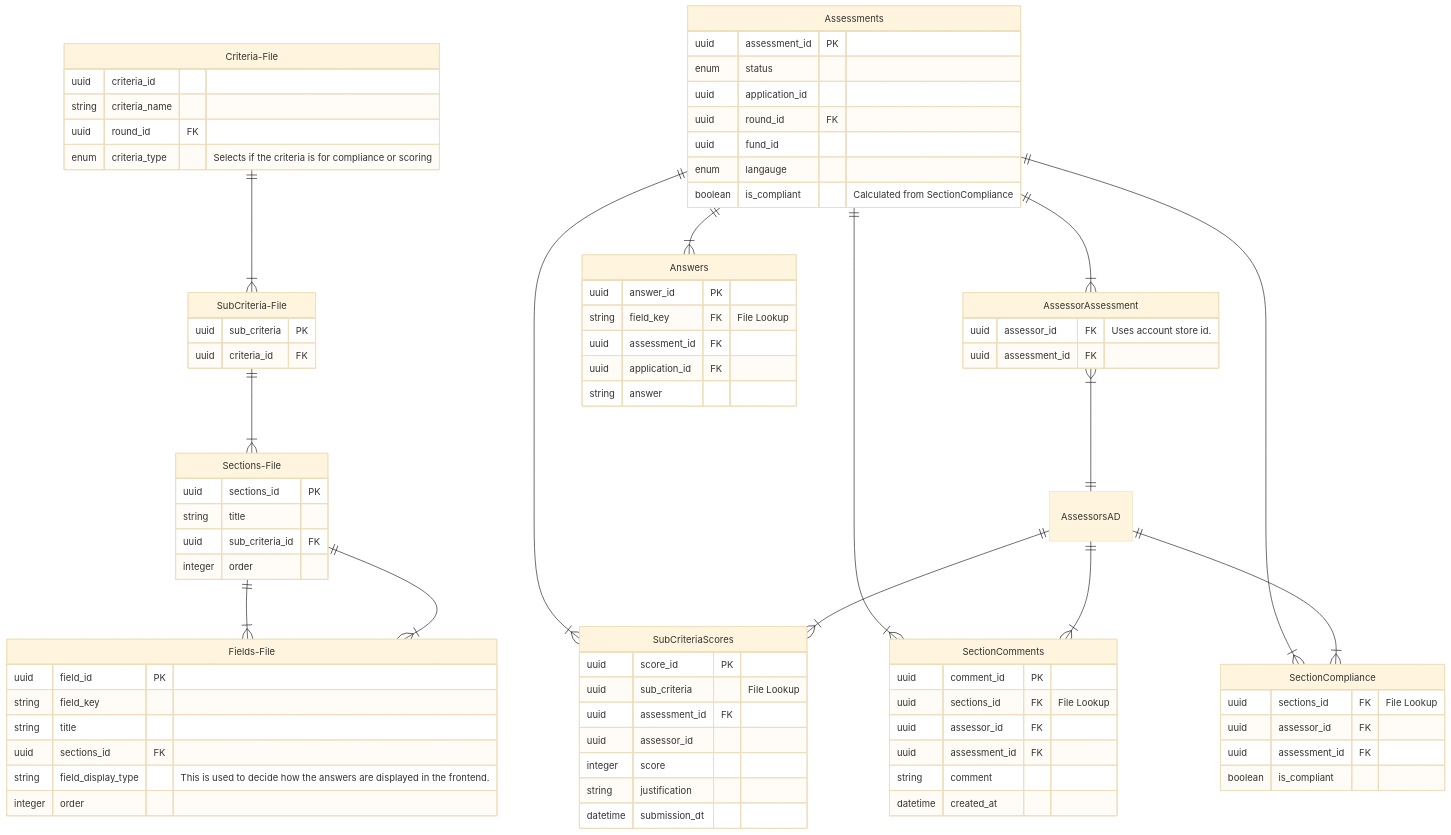
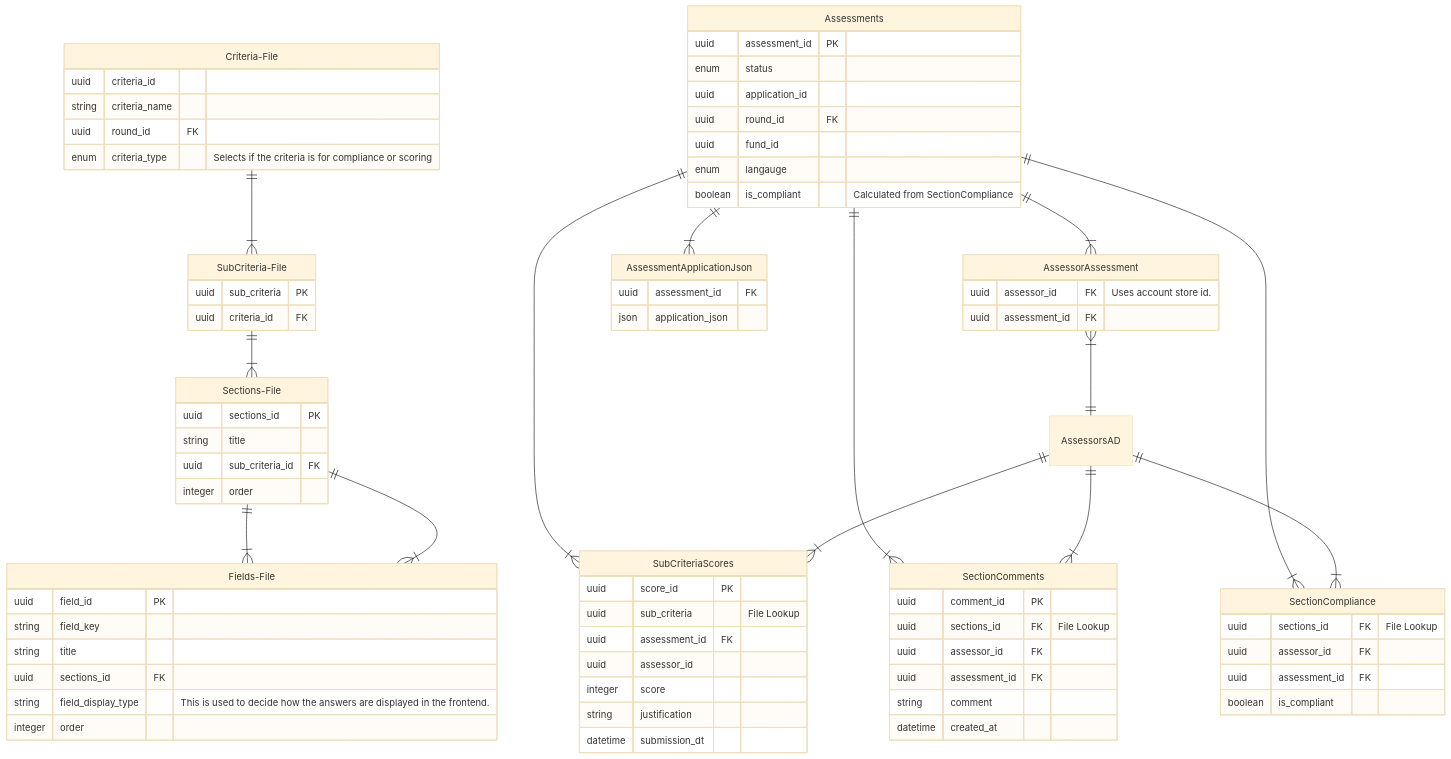
One commit to communitiesuk/funding-service-design-assessment-store changed the diagram in diagrams/db_diagram.md. Above: the diagram before and after it, drawn with Mermaid (base theme).

```diff
--- a/diagrams/db_diagram.md
+++ b/diagrams/db_diagram.md
@@ -37,12 +37,9 @@
 		string field_display_type "This is used to decide how the answers are displayed in the frontend."
 		integer order
 	}
-	Answers {
-		uuid answer_id PK
-		string field_key FK "File Lookup"
+	AssessmentApplicationJson {
 		uuid assessment_id FK
-		uuid application_id FK
-		string answer
+		json application_json
 	}
 	SubCriteriaScores {
 		uuid score_id PK
@@ -72,7 +69,7 @@
 	Assessments ||--|{ SubCriteriaScores : ""
 	Assessments ||--|{ SectionComments : ""
 	Assessments ||--|{ SectionCompliance : ""
-	Assessments ||--|{ Answers : ""
+	Assessments ||--|{ AssessmentApplicationJson : ""
 	Assessments ||--|{ AssessorAssessment : ""
 	AssessorsAD ||--|{ SectionComments : ""
 	AssessorsAD ||--|{ SubCriteriaScores : ""
```
